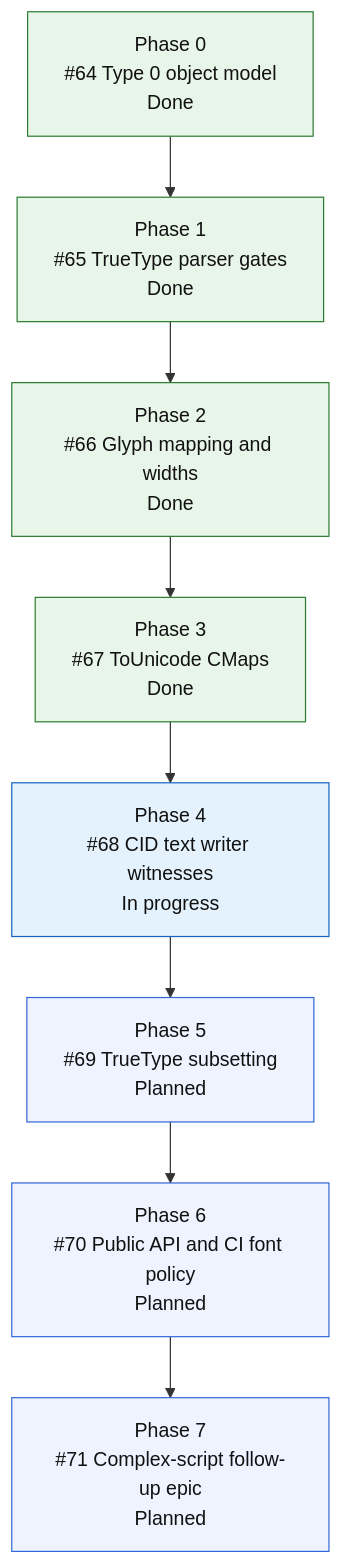
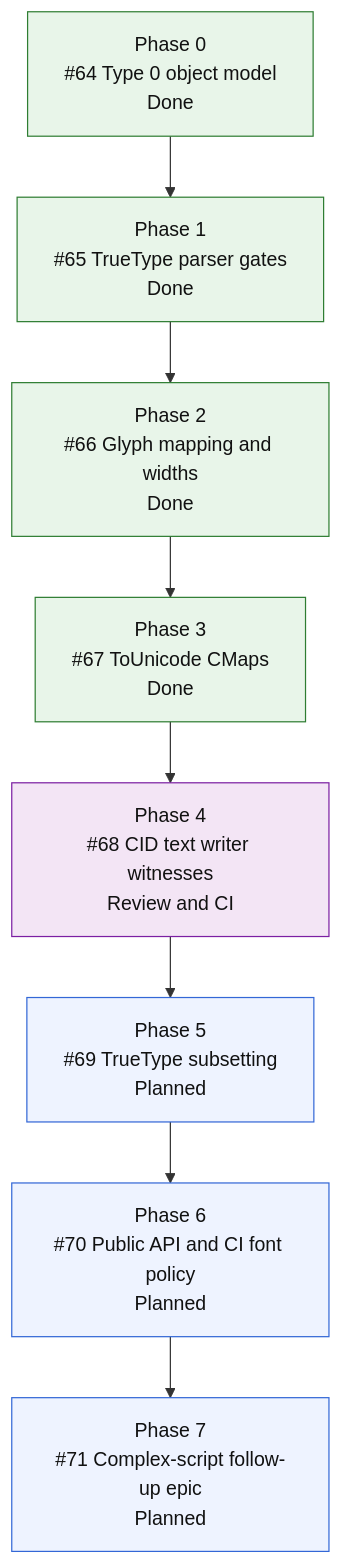
Before and after one commit to mihaelamj/MarkdownPDF: the third of 3 diagrams in README.md, drawn with Mermaid. The commit also changed 12 other files, not shown here.

Commit message:
feat(pdf): add cid text writer witnesses

````diff
--- a/README.md
+++ b/README.md
@@ -243,22 +243,22 @@
 ```mermaid
 flowchart TD
     E0["Phase 0<br/>#64 Type 0 object model<br/>Done"]
     E1["Phase 1<br/>#65 TrueType parser gates<br/>Done"]
     E2["Phase 2<br/>#66 Glyph mapping and widths<br/>Done"]
     E3["Phase 3<br/>#67 ToUnicode CMaps<br/>Done"]
-    E4["Phase 4<br/>#68 CID text writer witnesses<br/>In progress"]
+    E4["Phase 4<br/>#68 CID text writer witnesses<br/>Review and CI"]
     E5["Phase 5<br/>#69 TrueType subsetting<br/>Planned"]
     E6["Phase 6<br/>#70 Public API and CI font policy<br/>Planned"]
     E7["Phase 7<br/>#71 Complex-script follow-up epic<br/>Planned"]
 
     E0 --> E1 --> E2 --> E3 --> E4 --> E5 --> E6 --> E7
 
     classDef done fill:#e8f5e9,stroke:#2e7d32,color:#111;
     classDef active fill:#e3f2fd,stroke:#1565c0,color:#111;
     classDef review fill:#f3e5f5,stroke:#7b1fa2,color:#111;
     classDef next fill:#fff8e1,stroke:#f9a825,color:#111;
     classDef todo fill:#eef3ff,stroke:#3367d6,color:#111;
     class E0,E1,E2,E3 done;
-    class E4 active;
+    class E4 review;
     class E5,E6,E7 todo;
 ```
````
